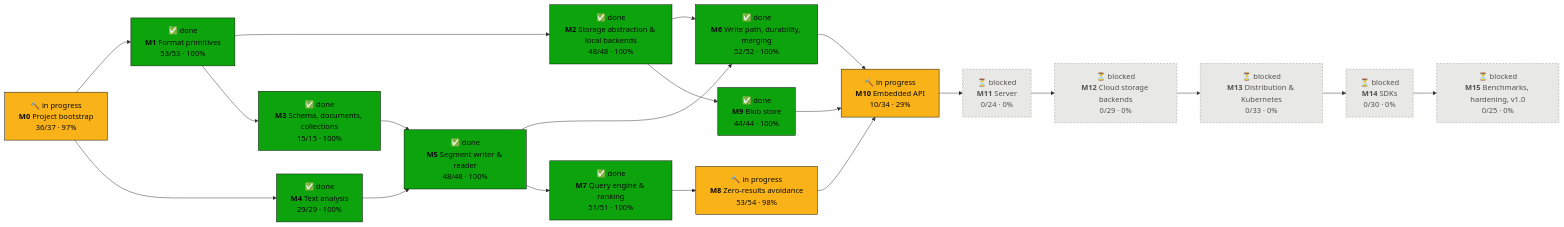
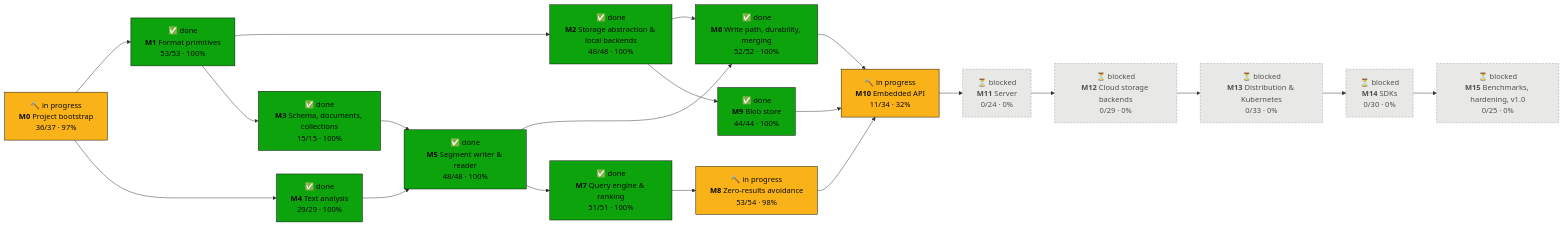
One commit to tomiok/persiaDB changed the first of 2 diagrams in PROGRESS.md. Above: the diagram before and after it, drawn with Mermaid. The commit also changed other lines of this file and 3 other files, not shown here.

Commit message:
docs(roadmap): tick 10.1.1

````diff
--- a/PROGRESS.md
+++ b/PROGRESS.md
@@ -16,42 +16,42 @@
 ```mermaid
 flowchart LR
   M0["🔨 in progress<br/><b>M0</b> Project bootstrap<br/>36/37 · 97%"]:::doing
   M1["✅ done<br/><b>M1</b> Format primitives<br/>53/53 · 100%"]:::done
   M2["✅ done<br/><b>M2</b> Storage abstraction & local backends<br/>48/48 · 100%"]:::done
   M3["✅ done<br/><b>M3</b> Schema, documents, collections<br/>15/15 · 100%"]:::done
   M4["✅ done<br/><b>M4</b> Text analysis<br/>29/29 · 100%"]:::done
   M5["✅ done<br/><b>M5</b> Segment writer & reader<br/>48/48 · 100%"]:::done
   M6["✅ done<br/><b>M6</b> Write path, durability, merging<br/>52/52 · 100%"]:::done
   M7["✅ done<br/><b>M7</b> Query engine & ranking<br/>51/51 · 100%"]:::done
   M8["🔨 in progress<br/><b>M8</b> Zero-results avoidance<br/>53/54 · 98%"]:::doing
   M9["✅ done<br/><b>M9</b> Blob store<br/>44/44 · 100%"]:::done
-  M10["🔨 in progress<br/><b>M10</b> Embedded API<br/>10/34 · 29%"]:::doing
+  M10["🔨 in progress<br/><b>M10</b> Embedded API<br/>11/34 · 32%"]:::doing
   M11["⏳ blocked<br/><b>M11</b> Server<br/>0/24 · 0%"]:::blocked
   M12["⏳ blocked<br/><b>M12</b> Cloud storage backends<br/>0/29 · 0%"]:::blocked
   M13["⏳ blocked<br/><b>M13</b> Distribution & Kubernetes<br/>0/33 · 0%"]:::blocked
   M14["⏳ blocked<br/><b>M14</b> SDKs<br/>0/30 · 0%"]:::blocked
   M15["⏳ blocked<br/><b>M15</b> Benchmarks, hardening, v1.0<br/>0/25 · 0%"]:::blocked
   M0 --> M1
   M1 --> M2
   M1 --> M3
   M0 --> M4
   M3 --> M5
   M4 --> M5
   M2 --> M6
   M5 --> M6
   M5 --> M7
   M7 --> M8
   M2 --> M9
   M6 --> M10
   M8 --> M10
   M9 --> M10
   M10 --> M11
   M11 --> M12
   M12 --> M13
   M13 --> M14
   M14 --> M15
   classDef done fill:#0ca30c,stroke:#0b0b0b,color:#0b0b0b
   classDef doing fill:#fab219,stroke:#0b0b0b,color:#0b0b0b
   classDef ready fill:#fcfcfb,stroke:#0b0b0b,stroke-width:2px,color:#0b0b0b
   classDef blocked fill:#e8e8e6,stroke:#9a9a96,stroke-dasharray:4 3,color:#52514e
 ```
````
